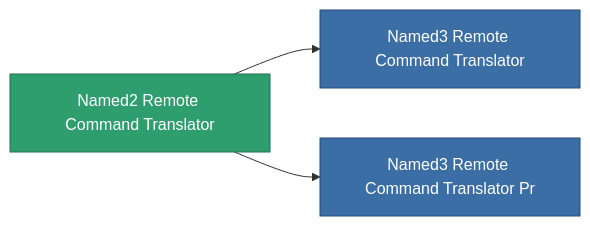
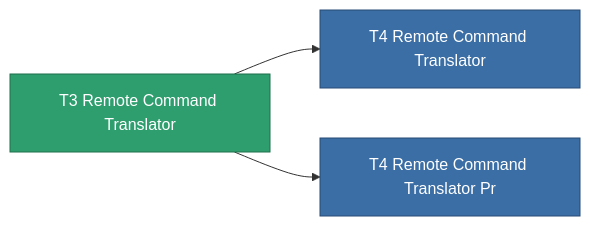
Before and after one commit to OpenPerpetuum/Wiki: the diagram in content/content/items/named2_remote_command_translator.md, drawn with Mermaid. The commit also changed other lines of this file and 4904 other files, not shown here.

````diff
--- a/content/content/items/named2_remote_command_translator.md
+++ b/content/content/items/named2_remote_command_translator.md
@@ -78,13 +58,13 @@
 ```mermaid
 graph LR
-    a["Named2 Remote Command Translator"]:::current
-    b["Named3 Remote Command Translator"]:::prod
+    a["T3 Remote Command Translator"]:::current
+    b["T4 Remote Command Translator"]:::prod
     a --> b
-    click b "/content/items/named3-remote-command-translator/" "Named3 Remote Command Translator"
-    c["Named3 Remote Command Translator Pr"]:::prod
+    click b "/content/items/named3-remote-command-translator/" "T4 Remote Command Translator"
+    c["T4 Remote Command Translator Pr"]:::prod
     a --> c
-    click c "/content/items/named3-remote-command-translator-pr/" "Named3 Remote Command Translator Pr"
+    click c "/content/items/named3-remote-command-translator-pr/" "T4 Remote Command Translator Pr"
     classDef current fill:#2f9e6f,stroke:#1f6f4a,color:#ffffff
     classDef prod fill:#3b6ea5,stroke:#274a75,color:#ffffff
     classDef more fill:#39445a,stroke:#54658a,color:#d5dbe8
 ```
````
